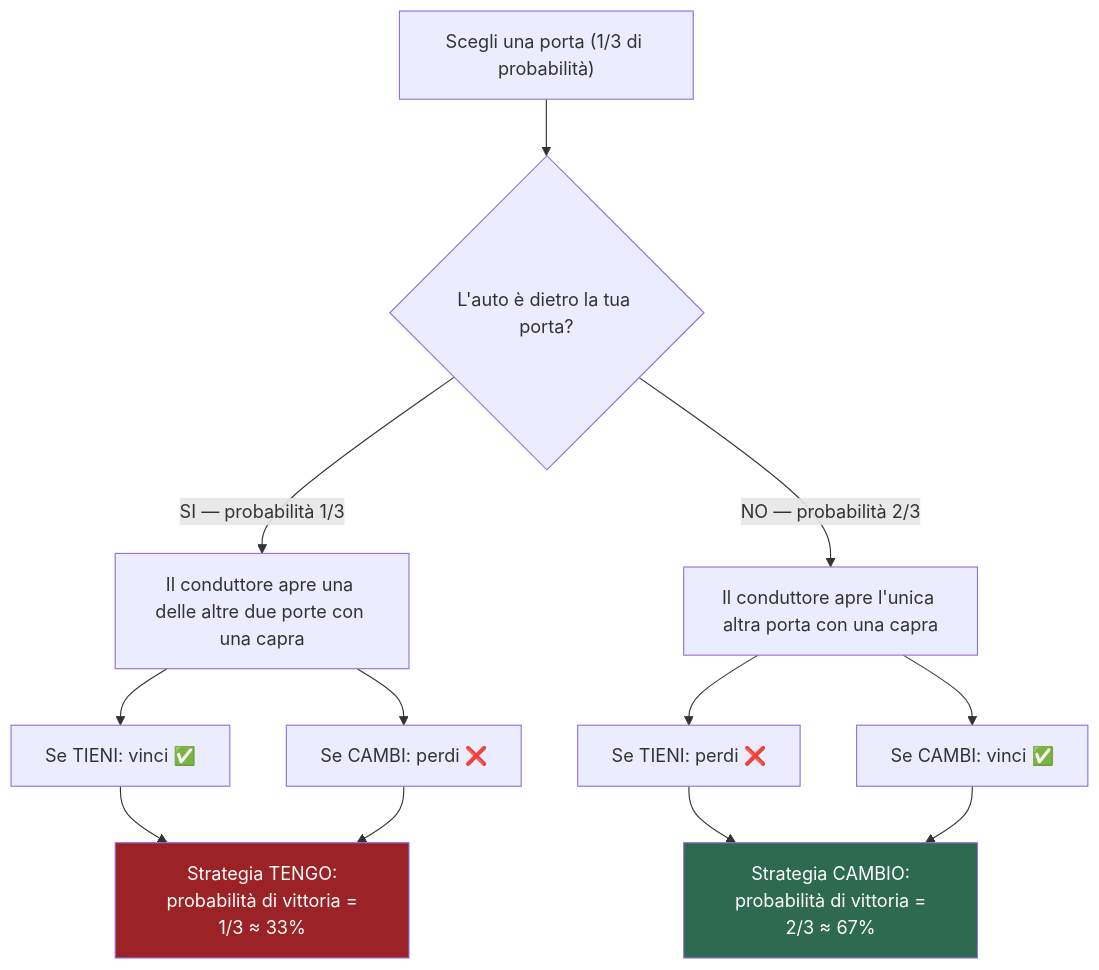
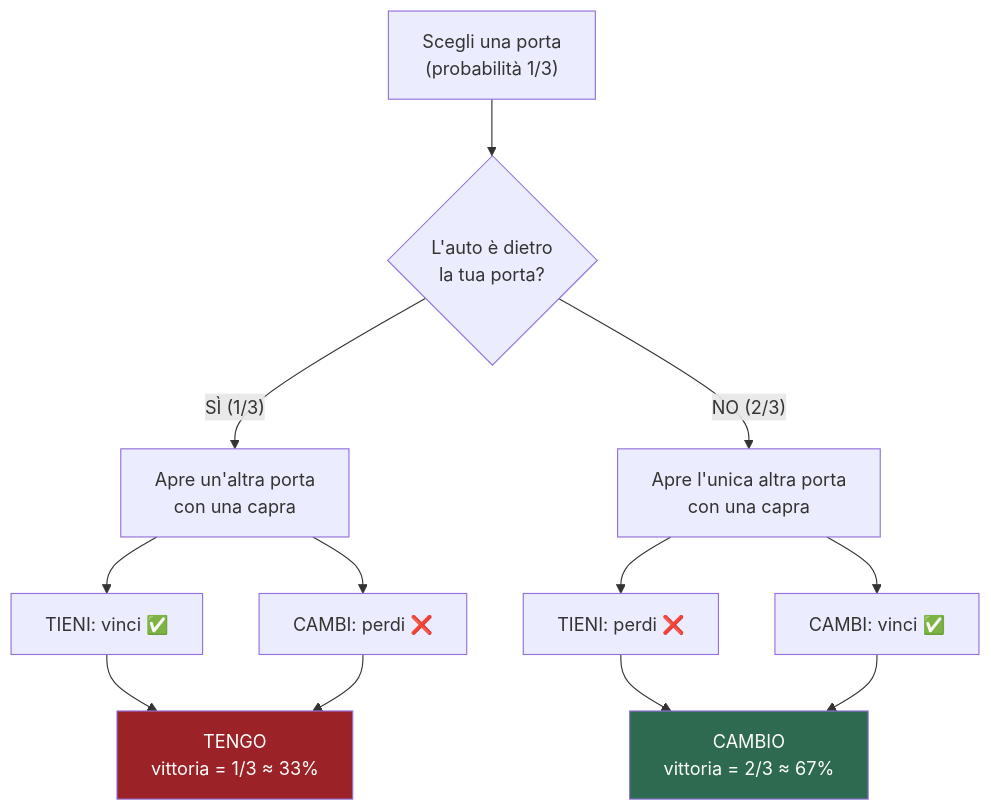
The diagram in README.md (DiscoHDuBois/Dilemma-Monty-Hall), drawn with Mermaid before and after one commit. The commit also changed other lines of this file, not shown here.

````diff
--- a/README.md
+++ b/README.md
@@ -40,21 +40,21 @@
 ```mermaid
 flowchart TD
-    A["Scegli una porta (1/3 di probabilità)"] --> B{L'auto è dietro la tua porta?}
+    A["Scegli una porta<br>(probabilità 1/3)"] --> B{"L'auto è dietro<br>la tua porta?"}
 
-    B -- "SI — probabilità 1/3" --> C["Il conduttore apre una delle altre due porte con una capra"]
-    B -- "NO — probabilità 2/3" --> D["Il conduttore apre l'unica altra porta con una capra"]
+    B -- "SÌ (1/3)" --> C["Apre un'altra porta<br>con una capra"]
+    B -- "NO (2/3)" --> D["Apre l'unica altra porta<br>con una capra"]
 
-    C --> E["Se TIENI: vinci ✅"]
-    C --> F["Se CAMBI: perdi ❌"]
+    C --> E["TIENI: vinci ✅"]
+    C --> F["CAMBI: perdi ❌"]
 
-    D --> G["Se TIENI: perdi ❌"]
-    D --> H["Se CAMBI: vinci ✅"]
+    D --> G["TIENI: perdi ❌"]
+    D --> H["CAMBI: vinci ✅"]
 
-    E --> Z["Strategia TENGO:\n probabilità di vittoria = 1/3 ≈ 33%"]
+    E --> Z["TENGO<br>vittoria = 1/3 ≈ 33%"]
     F --> Z
-    G --> W["Strategia CAMBIO:\n probabilità di vittoria = 2/3 ≈ 67%"]
+    G --> W["CAMBIO<br>vittoria = 2/3 ≈ 67%"]
     H --> W
 
     style W fill:#2d6a4f,color:#fff
     style Z fill:#9b2226,color:#fff
 ```
````
